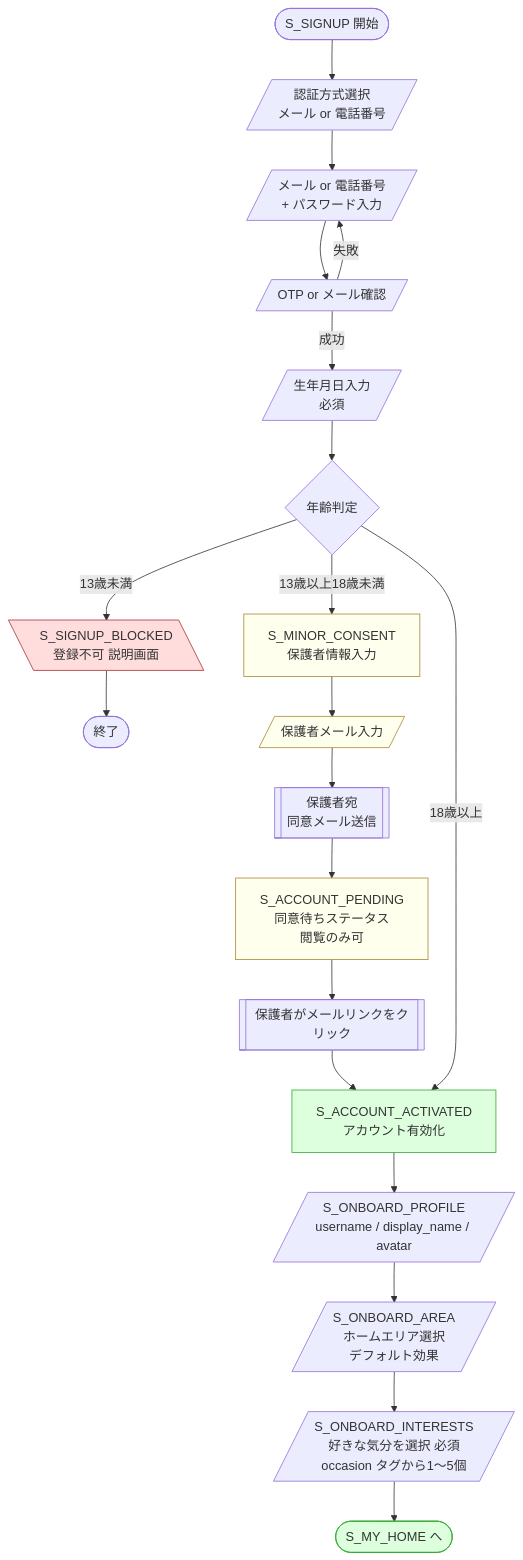
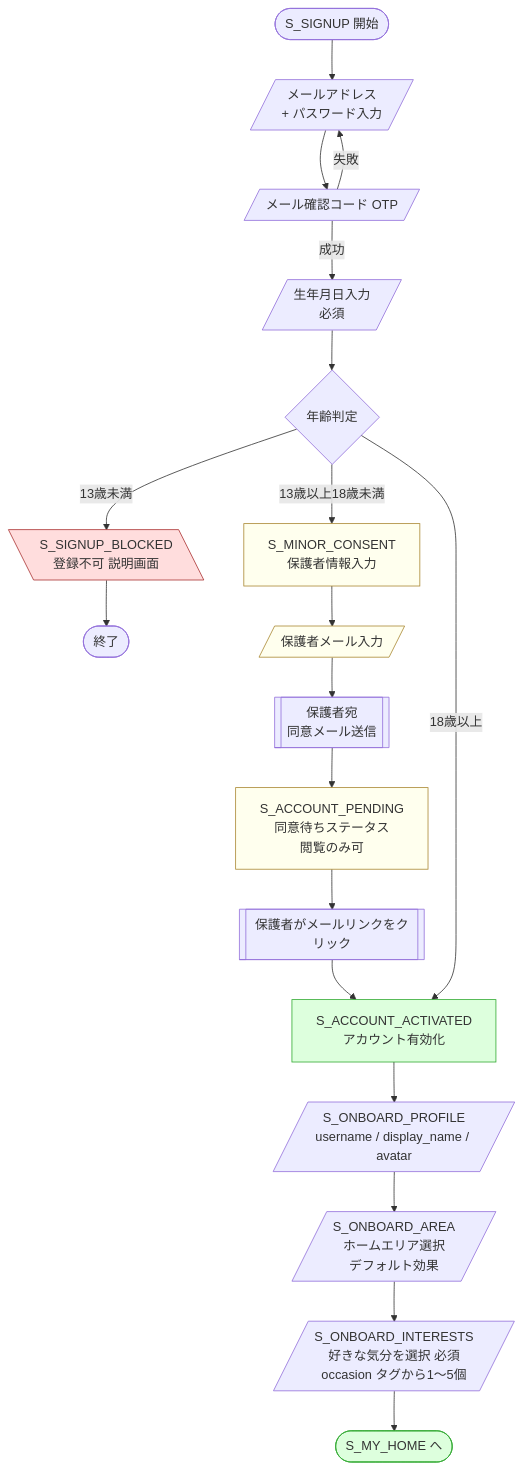
One commit to Matsushima-A-830/cafe_sns_site changed the second of 6 diagrams in docs/design/screen-flow.md. Above: the diagram before and after it, drawn with Mermaid. The commit also changed other lines of this file and 12 other files, not shown here.

````diff
--- a/docs/design/screen-flow.md
+++ b/docs/design/screen-flow.md
@@ -102,33 +102,32 @@
 ```mermaid
 flowchart TD
-    Start([S_SIGNUP 開始]) --> Method[/認証方式選択<br/>メール or 電話番号/]
-    Method --> Cred[/メール or 電話番号<br/>+ パスワード入力/]
-    Cred --> Verify[/OTP or メール確認/]
+    Start([S_SIGNUP 開始]) --> Cred[/メールアドレス<br/>+ パスワード入力/]
+    Cred --> Verify[/メール確認コード OTP/]
     Verify -->|失敗| Cred
     Verify -->|成功| BirthDate[/生年月日入力<br/>必須/]
 
     BirthDate --> AgeCheck{年齢判定}
     AgeCheck -->|13歳未満| Block[\S_SIGNUP_BLOCKED<br/>登録不可 説明画面\]
     Block --> End1([終了])
 
     AgeCheck -->|13歳以上18歳未満| MinorFlow[S_MINOR_CONSENT<br/>保護者情報入力]
     MinorFlow --> GuardianMail[/保護者メール入力/]
     GuardianMail --> SendConsent[[保護者宛<br/>同意メール送信]]
     SendConsent --> Pending[S_ACCOUNT_PENDING<br/>同意待ちステータス<br/>閲覧のみ可]
     Pending --> ConsentClick[[保護者がメールリンクをクリック]]
     ConsentClick --> Activated[S_ACCOUNT_ACTIVATED<br/>アカウント有効化]
 
     AgeCheck -->|18歳以上| Activated
 
     Activated --> Onboard1[/S_ONBOARD_PROFILE<br/>username / display_name / avatar/]
     Onboard1 --> Onboard2[/S_ONBOARD_AREA<br/>ホームエリア選択<br/>デフォルト効果/]
     Onboard2 --> Onboard3[/S_ONBOARD_INTERESTS<br/>好きな気分を選択 必須<br/>occasion タグから1〜5個/]
     Onboard3 --> MyHome([S_MY_HOME へ])
 
     classDef block fill:#fdd,stroke:#a33
     classDef pending fill:#ffe,stroke:#a83
     classDef success fill:#dfd,stroke:#3a3
     class Block block
     class Pending,MinorFlow,GuardianMail pending
     class Activated,MyHome success
 ```
````
